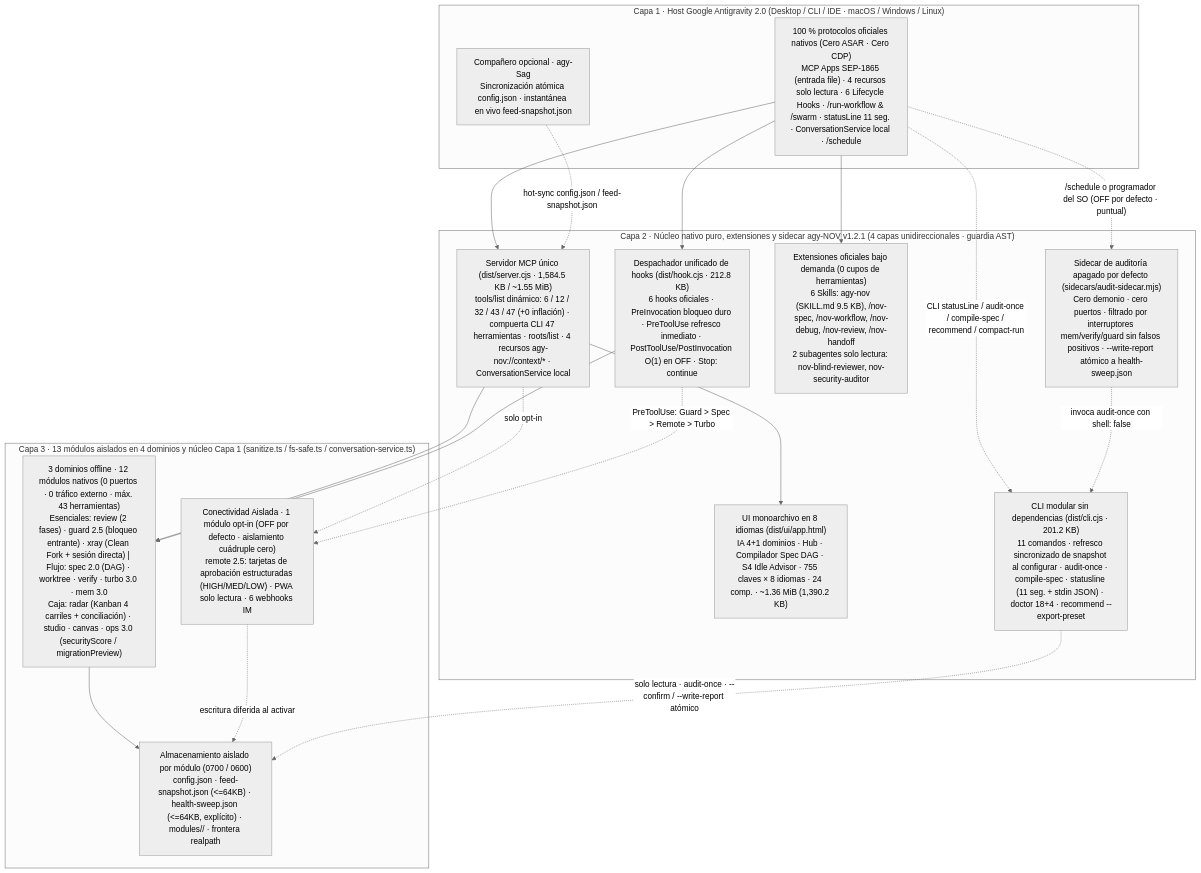
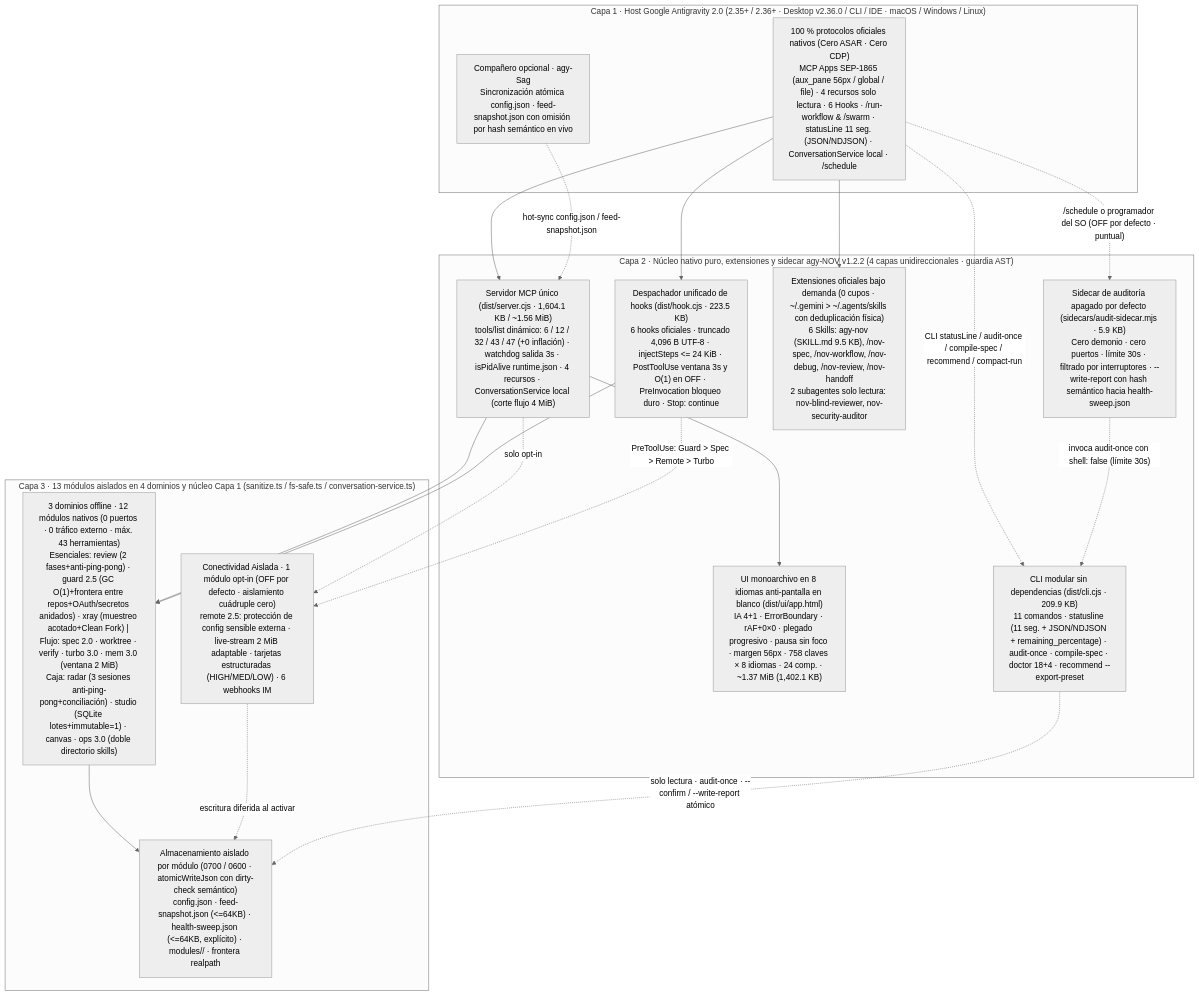
One commit to tone-leh/agy-NOV changed the diagram in docs/i18n/README.es.md. Above: the diagram before and after it, drawn with Mermaid (neutral theme). The commit also changed other lines of this file and 96 other files, not shown here.

Commit message:
feat(v1.2.2): extreme-load stability hardening, write-storm suppression & Antigravity v2.36.0 compatibility

````diff
--- a/docs/i18n/README.es.md
+++ b/docs/i18n/README.es.md
@@ -270,38 +282,38 @@
 ```mermaid
 flowchart TB
-  subgraph L1["Capa 1 · Host Google Antigravity 2.0 (Desktop / CLI / IDE · macOS / Windows / Linux)"]
-    Host["100 % protocolos oficiales nativos (Cero ASAR · Cero CDP)\nMCP Apps SEP-1865 (entrada file) · 4 recursos solo lectura · 6 Lifecycle Hooks · /run-workflow & /swarm · statusLine 11 seg. · ConversationService local · /schedule"]
-    Sag["Compañero opcional · agy-Sag\nSincronización atómica config.json · instantánea en vivo feed-snapshot.json"]
+  subgraph L1["Capa 1 · Host Google Antigravity 2.0 (2.35+ / 2.36+ · Desktop v2.36.0 / CLI / IDE · macOS / Windows / Linux)"]
+    Host["100 % protocolos oficiales nativos (Cero ASAR · Cero CDP)\nMCP Apps SEP-1865 (aux_pane 56px / global / file) · 4 recursos solo lectura · 6 Hooks · /run-workflow & /swarm · statusLine 11 seg. (JSON/NDJSON) · ConversationService local · /schedule"]
+    Sag["Compañero opcional · agy-Sag\nSincronización atómica config.json · feed-snapshot.json con omisión por hash semántico en vivo"]
   end
 
-  subgraph L2["Capa 2 · Núcleo nativo puro, extensiones y sidecar agy-NOV v1.2.1 (4 capas unidireccionales · guardia AST)"]
-    MCP["Servidor MCP único (dist/server.cjs · 1,584.5 KB / ~1.55 MiB)\ntools/list dinámico: 6 / 12 / 32 / 43 / 47 (+0 inflación) · compuerta CLI 47 herramientas · roots/list · 4 recursos agy-nov://context/* · ConversationService local"]
-    Hook["Despachador unificado de hooks (dist/hook.cjs · 212.8 KB)\n6 hooks oficiales · PreInvocation bloqueo duro · PreToolUse refresco inmediato · PostToolUse/PostInvocation O(1) en OFF · Stop: continue"]
-    UI["UI monoarchivo en 8 idiomas (dist/ui/app.html)\nIA 4+1 dominios · Hub · Compilador Spec DAG · S4 Idle Advisor · 755 claves × 8 idiomas · 24 comp. · ~1.36 MiB (1,390.2 KB)"]
-    Ext["Extensiones oficiales bajo demanda (0 cupos de herramientas)\n6 Skills: agy-nov (SKILL.md 9.5 KB), /nov-spec, /nov-workflow, /nov-debug, /nov-review, /nov-handoff\n2 subagentes solo lectura: nov-blind-reviewer, nov-security-auditor"]
-    CLI["CLI modular sin dependencias (dist/cli.cjs · 201.2 KB)\n11 comandos · refresco sincronizado de snapshot al configurar · audit-once · compile-spec · statusline (11 seg. + stdin JSON) · doctor 18+4 · recommend --export-preset"]
-    Sidecar["Sidecar de auditoría apagado por defecto (sidecars/audit-sidecar.mjs)\nCero demonio · cero puertos · filtrado por interruptores mem/verify/guard sin falsos positivos · --write-report atómico a health-sweep.json"]
+  subgraph L2["Capa 2 · Núcleo nativo puro, extensiones y sidecar agy-NOV v1.2.2 (4 capas unidireccionales · guardia AST)"]
+    MCP["Servidor MCP único (dist/server.cjs · 1,604.1 KB / ~1.56 MiB)\ntools/list dinámico: 6 / 12 / 32 / 43 / 47 (+0 inflación) · watchdog salida 3s · isPidAlive runtime.json · 4 recursos · ConversationService local (corte flujo 4 MiB)"]
+    Hook["Despachador unificado de hooks (dist/hook.cjs · 223.5 KB)\n6 hooks oficiales · truncado 4,096 B UTF-8 · injectSteps <= 24 KiB · PostToolUse ventana 3s y O(1) en OFF · PreInvocation bloqueo duro · Stop: continue"]
+    UI["UI monoarchivo en 8 idiomas anti-pantalla en blanco (dist/ui/app.html)\nIA 4+1 · ErrorBoundary · rAF+0×0 · plegado progresivo · pausa sin foco · margen 56px · 758 claves × 8 idiomas · 24 comp. · ~1.37 MiB (1,402.1 KB)"]
+    Ext["Extensiones oficiales bajo demanda (0 cupos · ~/.gemini > ~/.agents/skills con deduplicación física)\n6 Skills: agy-nov (SKILL.md 9.5 KB), /nov-spec, /nov-workflow, /nov-debug, /nov-review, /nov-handoff\n2 subagentes solo lectura: nov-blind-reviewer, nov-security-auditor"]
+    CLI["CLI modular sin dependencias (dist/cli.cjs · 209.9 KB)\n11 comandos · statusline (11 seg. + JSON/NDJSON + remaining_percentage) · audit-once · compile-spec · doctor 18+4 · recommend --export-preset"]
+    Sidecar["Sidecar de auditoría apagado por defecto (sidecars/audit-sidecar.mjs · 5.9 KB)\nCero demonio · cero puertos · límite 30s · filtrado por interruptores · --write-report con hash semántico hacia health-sweep.json"]
   end
 
   subgraph L3["Capa 3 · 13 módulos aislados en 4 dominios y núcleo Capa 1 (sanitize.ts / fs-safe.ts / conversation-service.ts)"]
-    T1["3 dominios offline · 12 módulos nativos (0 puertos · 0 tráfico externo · máx. 43 herramientas)\nEsenciales: review (2 fases) · guard 2.5 (bloqueo entrante) · xray (Clean Fork + sesión directa) | Flujo: spec 2.0 (DAG) · worktree · verify · turbo 3.0 · mem 3.0\nCaja: radar (Kanban 4 carriles + conciliación) · studio · canvas · ops 3.0 (securityScore / migrationPreview)"]
-    T2R["Conectividad Aislada · 1 módulo opt-in (OFF por defecto · aislamiento cuádruple cero)\nremote 2.5: tarjetas de aprobación estructuradas (HIGH/MED/LOW) · PWA solo lectura · 6 webhooks IM"]
-    Store["Almacenamiento aislado por módulo (0700 / 0600)\nconfig.json · feed-snapshot.json (<=64KB) · health-sweep.json (<=64KB, explícito) · modules/<id>/ · frontera realpath"]
+    T1["3 dominios offline · 12 módulos nativos (0 puertos · 0 tráfico externo · máx. 43 herramientas)\nEsenciales: review (2 fases+anti-ping-pong) · guard 2.5 (GC O(1)+frontera entre repos+OAuth/secretos anidados) · xray (muestreo acotado+Clean Fork) | Flujo: spec 2.0 · worktree · verify · turbo 3.0 · mem 3.0 (ventana 2 MiB)\nCaja: radar (3 sesiones anti-ping-pong+conciliación) · studio (SQLite lotes+immutable=1) · canvas · ops 3.0 (doble directorio skills)"]
+    T2R["Conectividad Aislada · 1 módulo opt-in (OFF por defecto · aislamiento cuádruple cero)\nremote 2.5: protección de config sensible externa · live-stream 2 MiB adaptable · tarjetas estructuradas (HIGH/MED/LOW) · 6 webhooks IM"]
+    Store["Almacenamiento aislado por módulo (0700 / 0600 · atomicWriteJson con dirty-check semántico)\nconfig.json · feed-snapshot.json (<=64KB) · health-sweep.json (<=64KB, explícito) · modules/<id>/ · frontera realpath"]
   end
 
   Host --> MCP
   Host --> Hook
   Host --> Ext
   Host -. "CLI statusLine / audit-once / compile-spec / recommend / compact-run" .-> CLI
   Host -. "/schedule o programador del SO (OFF por defecto · puntual)" .-> Sidecar
-  Sidecar -. "invoca audit-once con shell: false" .-> CLI
+  Sidecar -. "invoca audit-once con shell: false (límite 30s)" .-> CLI
   Sag -. "hot-sync config.json / feed-snapshot.json" .-> MCP
   MCP --> UI
   MCP --> T1
   MCP -. "solo opt-in" .-> T2R
   Hook --> T1
   Hook -. "PreToolUse: Guard > Spec > Remote > Turbo" .-> T2R
   T1 --> Store
   T2R -. "escritura diferida al activar" .-> Store
   CLI -. "solo lectura · audit-once · --confirm / --write-report atómico" .-> Store
 ```
````
